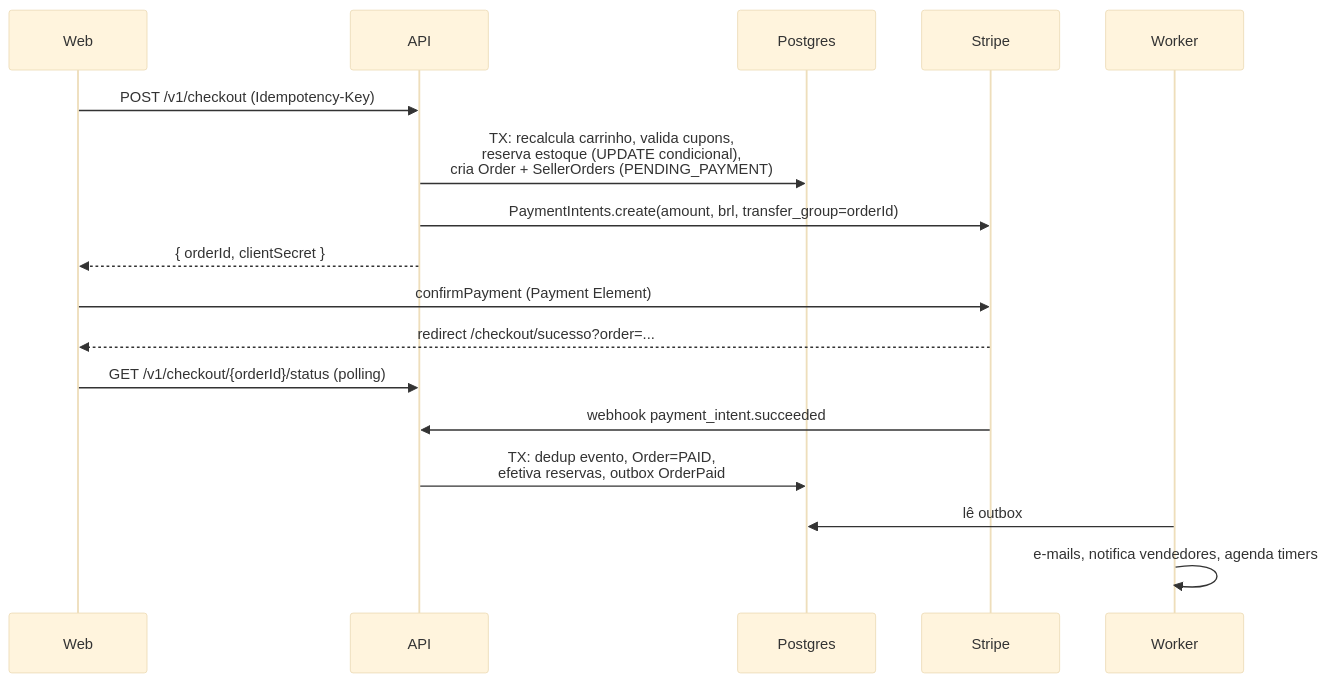
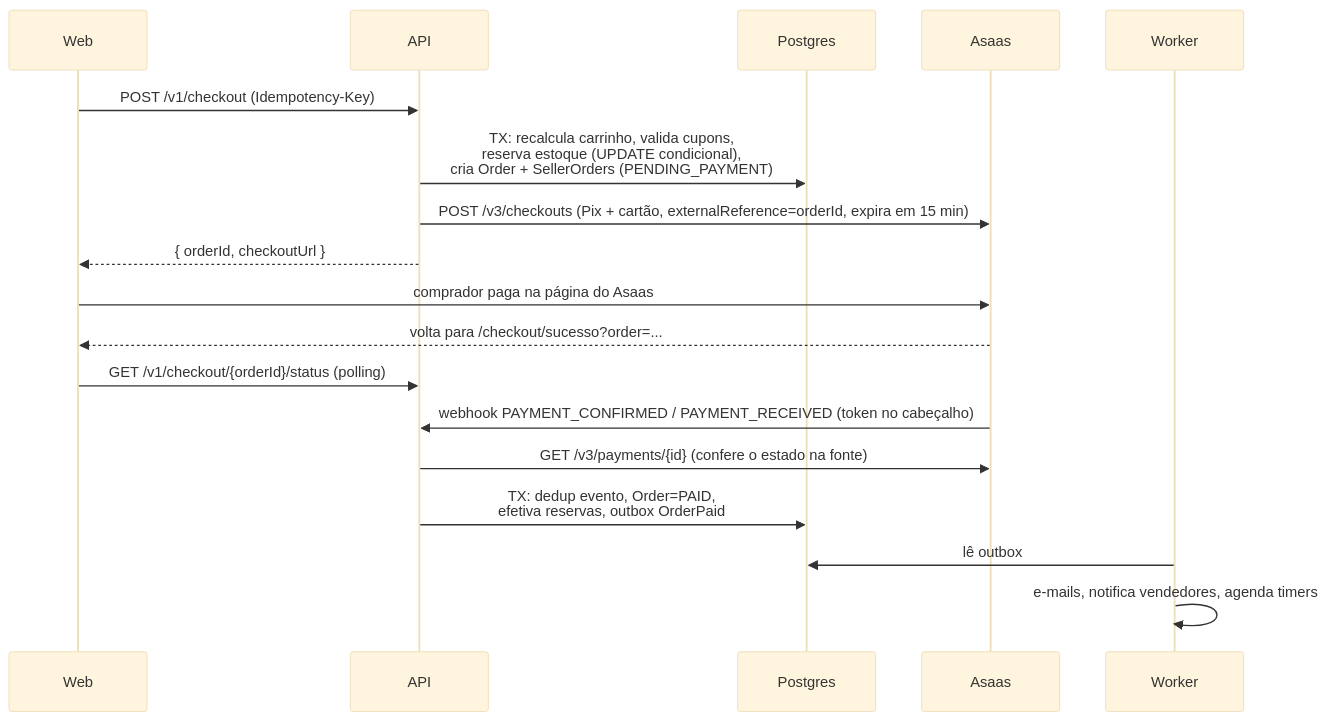
The third of 4 diagrams in docs/ARCHITECTURE.md (Eric-Formiga/vitrine), drawn with Mermaid (base theme) before and after one commit. The commit also changed other lines of this file and 16 other files, not shown here.

First line of the commit message:
docs: troca o Stripe Connect pelo Asaas (ADR-0011) (#15)

````diff
--- a/docs/ARCHITECTURE.md
+++ b/docs/ARCHITECTURE.md
@@ -149,20 +149,21 @@
 ```mermaid
 sequenceDiagram
   participant W as Web
   participant A as API
   participant D as Postgres
-  participant S as Stripe
+  participant S as Asaas
   participant Q as Worker
 
   W->>A: POST /v1/checkout (Idempotency-Key)
   A->>D: TX: recalcula carrinho, valida cupons,<br/>reserva estoque (UPDATE condicional),<br/>cria Order + SellerOrders (PENDING_PAYMENT)
-  A->>S: PaymentIntents.create(amount, brl, transfer_group=orderId)
-  A-->>W: { orderId, clientSecret }
-  W->>S: confirmPayment (Payment Element)
-  S-->>W: redirect /checkout/sucesso?order=...
+  A->>S: POST /v3/checkouts (Pix + cartão, externalReference=orderId, expira em 15 min)
+  A-->>W: { orderId, checkoutUrl }
+  W->>S: comprador paga na página do Asaas
+  S-->>W: volta para /checkout/sucesso?order=...
   W->>A: GET /v1/checkout/{orderId}/status (polling)
-  S->>A: webhook payment_intent.succeeded
+  S->>A: webhook PAYMENT_CONFIRMED / PAYMENT_RECEIVED (token no cabeçalho)
+  A->>S: GET /v3/payments/{id} (confere o estado na fonte)
   A->>D: TX: dedup evento, Order=PAID,<br/>efetiva reservas, outbox OrderPaid
   Q->>D: lê outbox
   Q->>Q: e-mails, notifica vendedores, agenda timers
 ```
````
